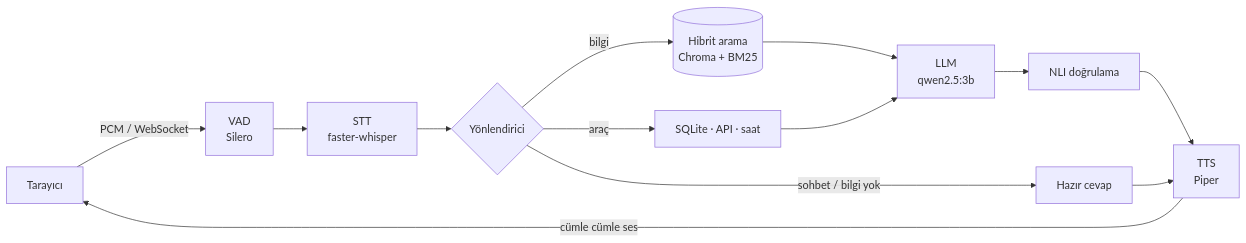
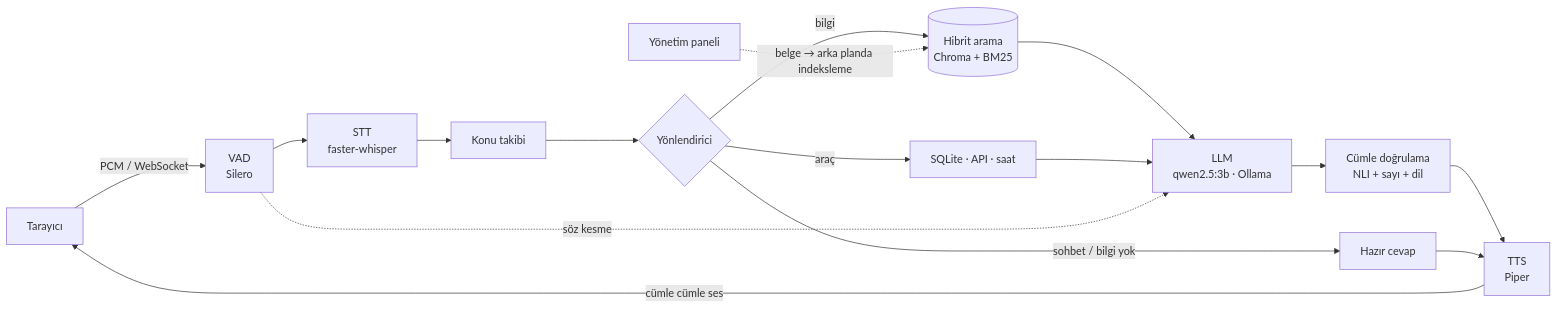
The diagram in README.md (icloolg/akinrobotics-voice-agent), drawn with Mermaid before and after one commit. The commit also changed other lines of this file and 7 other files, not shown here.

````diff
--- a/README.md
+++ b/README.md
@@ -39,11 +39,13 @@
 ```mermaid
 flowchart LR
     C[Tarayıcı] -- "PCM / WebSocket" --> V[VAD<br>Silero] --> S[STT<br>faster-whisper]
-    S --> R{Yönlendirici}
-    R -- bilgi --> K[(Hibrit arama<br>Chroma + BM25)] --> L[LLM<br>qwen2.5:3b]
+    S --> F[Konu takibi] --> R{Yönlendirici}
+    R -- bilgi --> K[(Hibrit arama<br>Chroma + BM25)] --> L[LLM<br>qwen2.5:3b · Ollama]
     R -- araç --> T[SQLite · API · saat] --> L
     R -- "sohbet / bilgi yok" --> H[Hazır cevap]
-    L --> D[NLI doğrulama] --> Q[TTS<br>Piper]
+    L --> D[Cümle doğrulama<br>NLI + sayı + dil] --> Q[TTS<br>Piper]
     H --> Q
     Q -- "cümle cümle ses" --> C
+    V -. "söz kesme" .-> L
+    A[Yönetim paneli] -. "belge → arka planda indeksleme" .-> K
 ```
````
